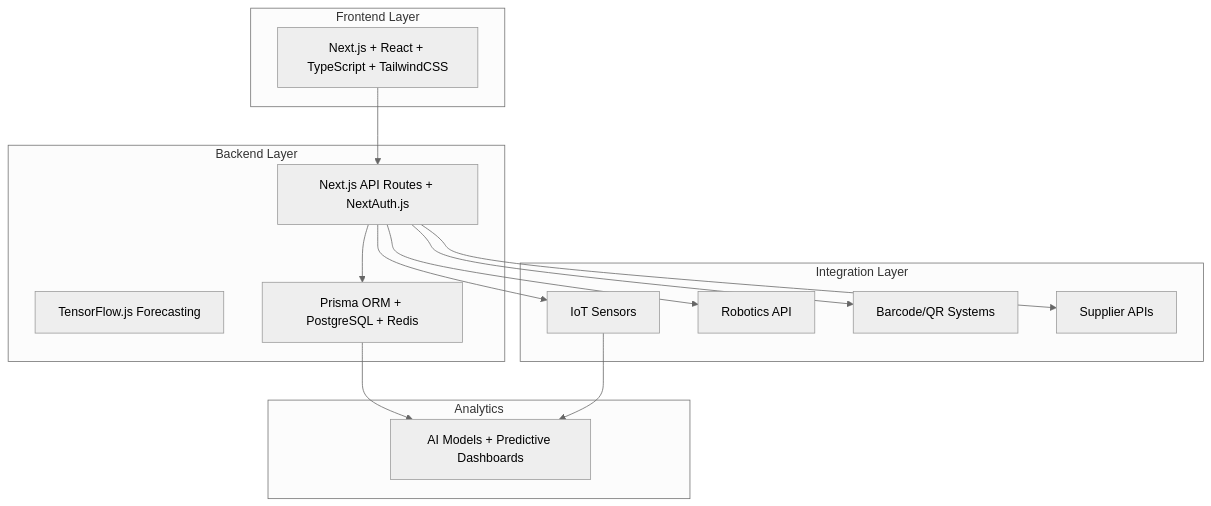
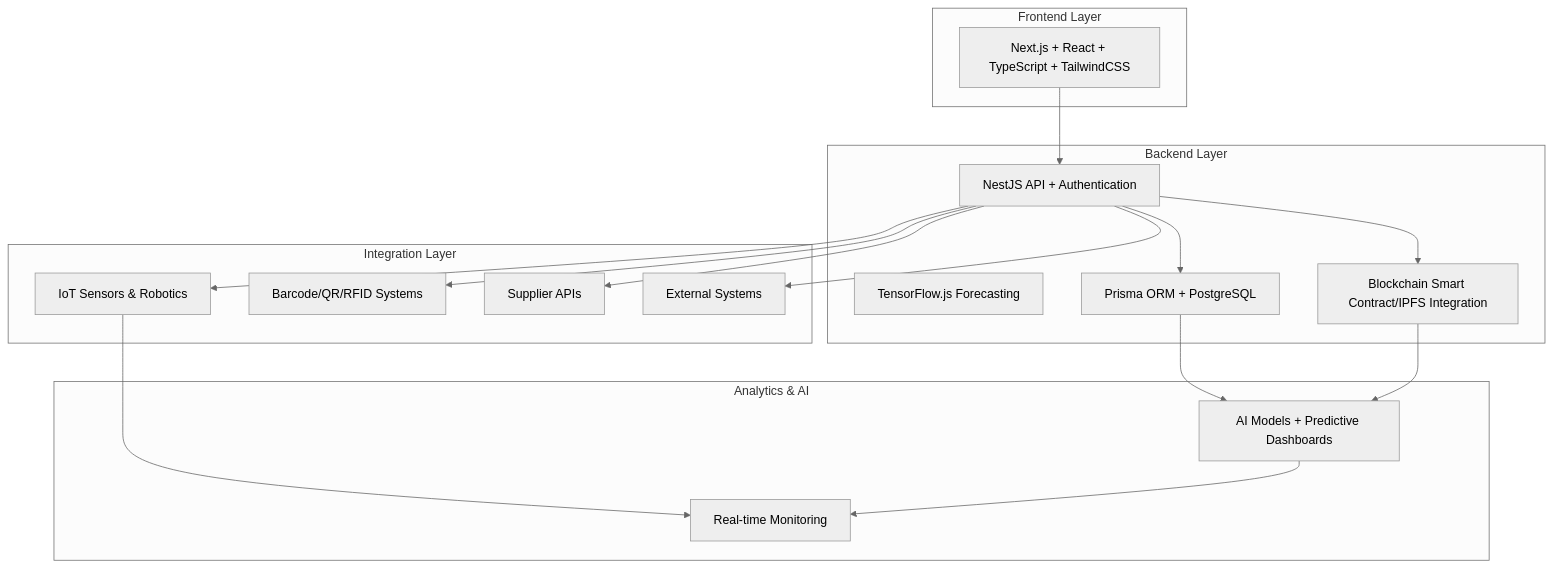
Before and after one commit to kk666679/asrs: the diagram in README.md, drawn with Mermaid (neutral theme). The commit also changed other lines of this file and 220 other files, not shown here.

First line of the commit message:
feat: upgrade ASRS frontend with database integration and real-time capabilities

````diff
--- a/README.md
+++ b/README.md
@@ -34,32 +38,37 @@
 ```mermaid
 graph TB
     subgraph "Frontend Layer"
         A[Next.js + React + TypeScript + TailwindCSS]
     end
 
     subgraph "Backend Layer"
-        B[Next.js API Routes + NextAuth.js]
+        B[NestJS API + Authentication]
         C[TensorFlow.js Forecasting]
-        D[Prisma ORM + PostgreSQL + Redis]
+        D[Prisma ORM + PostgreSQL]
+        E[Blockchain Smart Contract/IPFS Integration]
     end
 
     subgraph "Integration Layer"
-        E[IoT Sensors]
-        F[Robotics API]
-        G[Barcode/QR Systems]
+        F[IoT Sensors & Robotics]
+        G[Barcode/QR/RFID Systems]
         H[Supplier APIs]
+        I[External Systems]
     end
 
-    subgraph "Analytics"
-        I[AI Models + Predictive Dashboards]
+    subgraph "Analytics & AI"
+        J[AI Models + Predictive Dashboards]
+        K[Real-time Monitoring]
     end
 
     A --> B
     B --> D
     B --> E
     B --> F
     B --> G
     B --> H
-    D --> I
-    E --> I
+    B --> I
+    D --> J
+    E --> J
+    F --> K
+    J --> K
 ```
````
